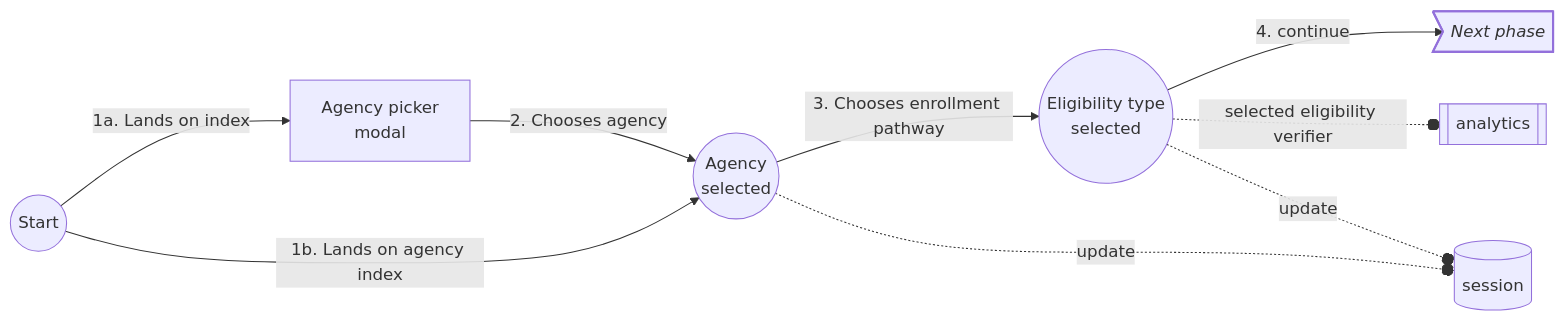
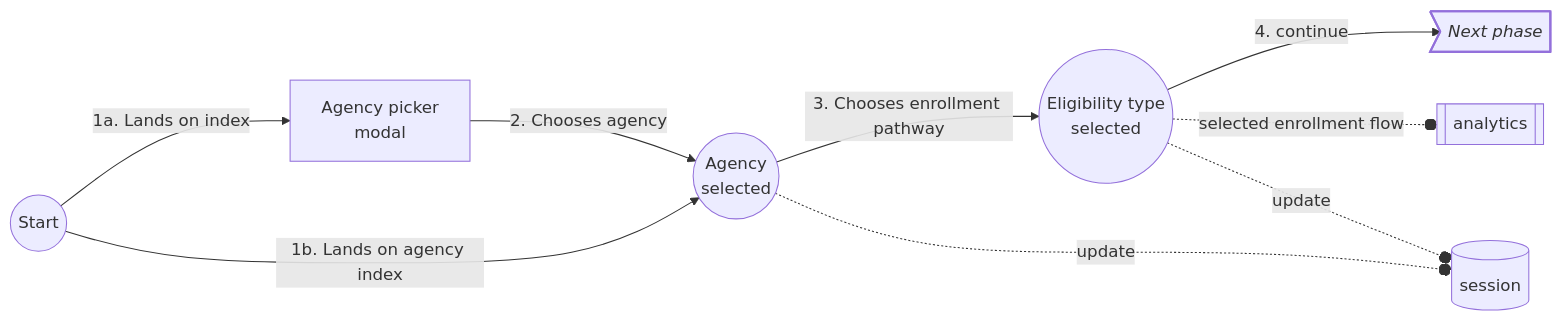
Before and after one commit to cal-itp/benefits: the third of 6 diagrams in docs/development/application-logic.md, drawn with Mermaid. The commit also changed 4 other files, not shown here.

Commit message:
chore(analytics): missed rename Verifier -> Flow

````diff
--- a/docs/development/application-logic.md
+++ b/docs/development/application-logic.md
@@ -95,30 +95,30 @@
 ```mermaid
 flowchart LR
     session[(session)]
     analytics[[analytics]]
 
     start((Start))
     pick_agency["`Agency picker
     modal`"]
     agency(("`Agency
     selected`"))
     eligibility(("`Eligibility type
     selected`"))
     next>"`_Next phase_`"]
     style next stroke-width:2px
 
     start -- "1a. Lands on index" --> pick_agency
     start -- "1b. Lands on agency index" --> agency
     %% invisible links help with diagram layout
     start ~~~ session
     start ~~~ agency
 
     pick_agency -- 2. Chooses agency --> agency
     agency -- 3. Chooses enrollment pathway --> eligibility
 
     eligibility -- 4. continue --> next
 
     agency -. update -.-o session
     eligibility -. update -.-o session
-    eligibility -. selected eligibility verifier -.-o analytics
+    eligibility -. selected enrollment flow -.-o analytics
 ```
````
